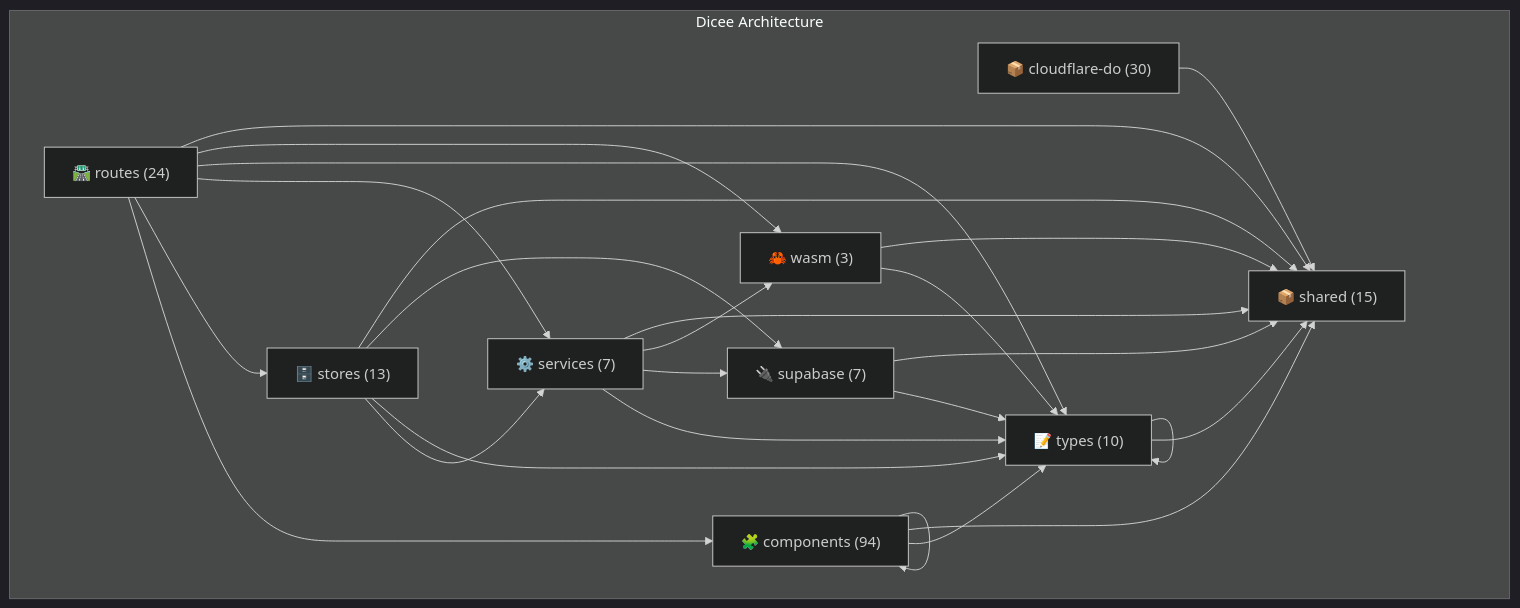
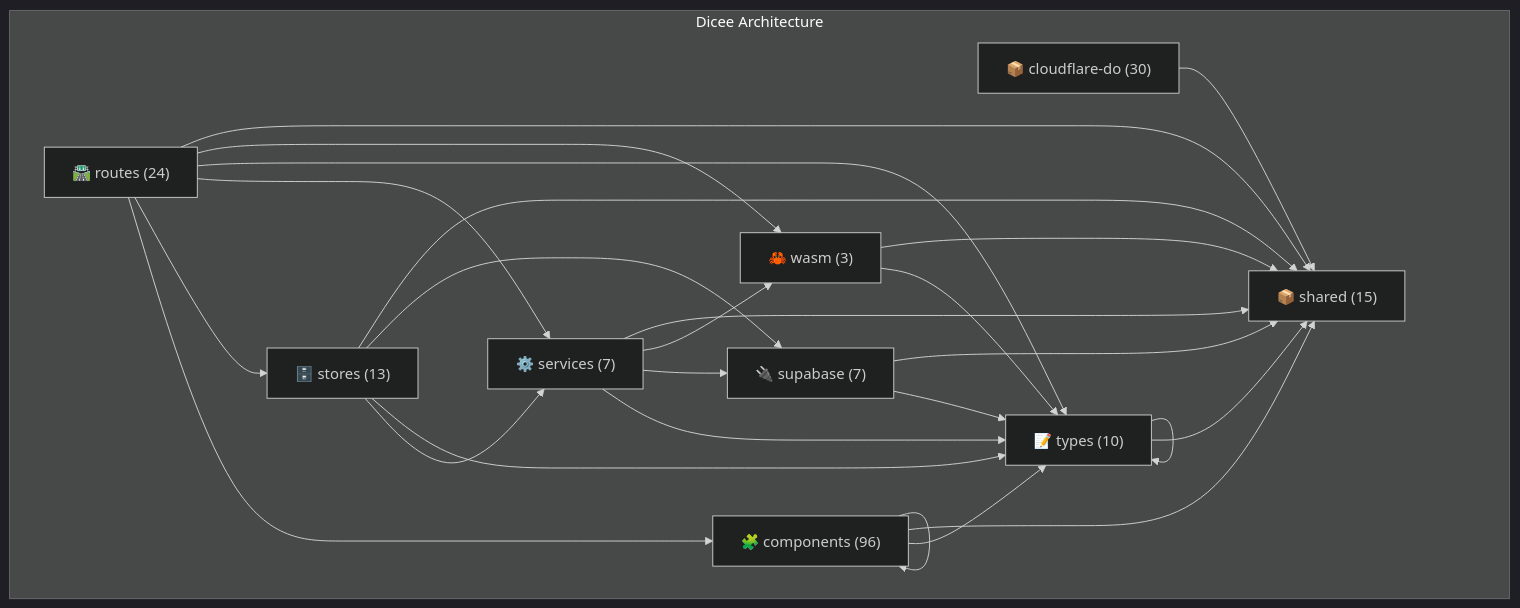
One commit to verlyn13/dicee changed the diagram in docs/architecture/akg/diagrams/LAYER_ARCHITECTURE.md. Above: the diagram before and after it, drawn with Mermaid (dark theme). The commit also changed other lines of this file and 9 other files, not shown here.

First line of the commit message:
chore(akg): regenerate graph and diagrams after resilience implementation

````diff
--- a/docs/architecture/akg/diagrams/LAYER_ARCHITECTURE.md
+++ b/docs/architecture/akg/diagrams/LAYER_ARCHITECTURE.md
@@ -16,39 +16,39 @@
 ```mermaid
 flowchart TB
     subgraph "Dicee Architecture"
         shared["📦 shared (15)"]
         cloudflare_do["📦 cloudflare-do (30)"]
         routes["🛣️ routes (24)"]
-        components["🧩 components (94)"]
+        components["🧩 components (96)"]
         stores["🗄️ stores (13)"]
         services["⚙️ services (7)"]
         types["📝 types (10)"]
         supabase["🔌 supabase (7)"]
         wasm["🦀 wasm (3)"]
     end
 
     cloudflare_do --> shared
     routes --> components
     routes --> stores
     routes --> services
     routes --> types
     routes --> wasm
     routes --> shared
     components --> components
     components --> types
     components --> shared
     stores --> services
     stores --> types
     stores --> supabase
     stores --> shared
     services --> types
     services --> supabase
     services --> wasm
     services --> shared
     types --> types
     types --> shared
     supabase --> types
     supabase --> shared
     wasm --> types
     wasm --> shared
 ```
````
